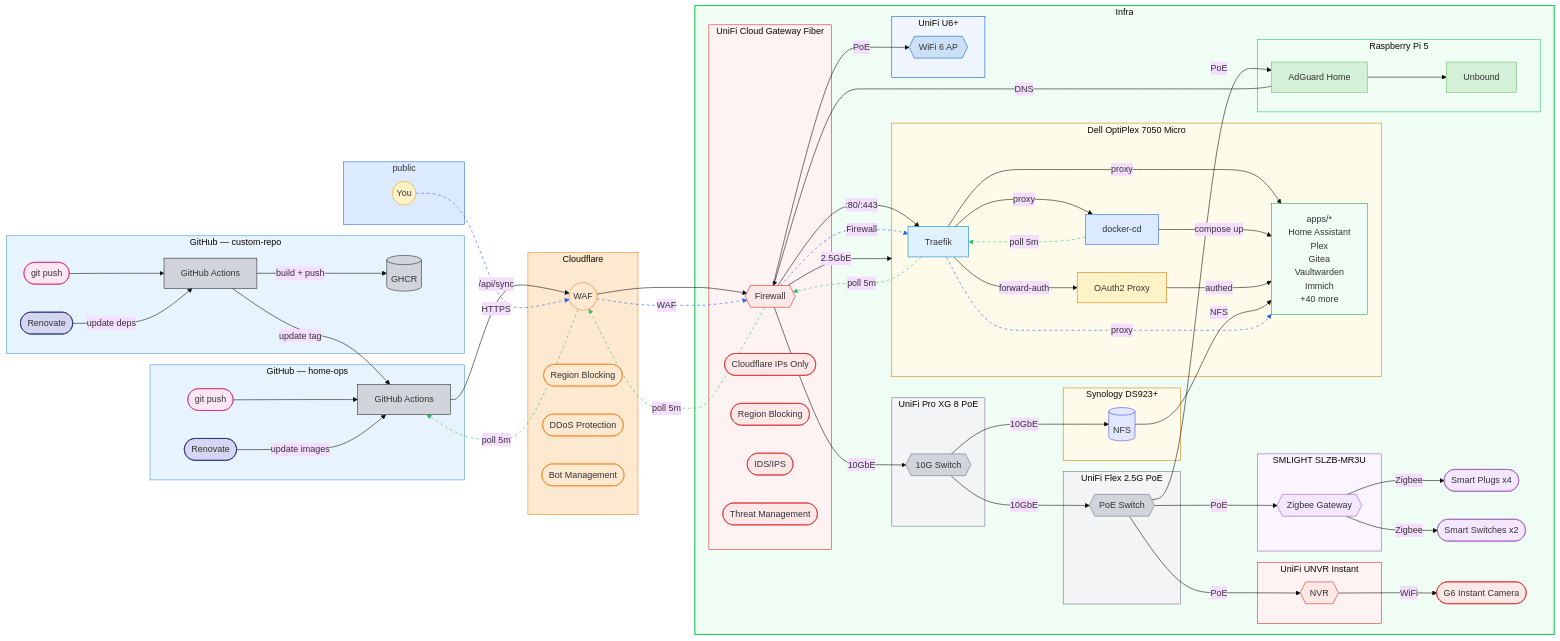
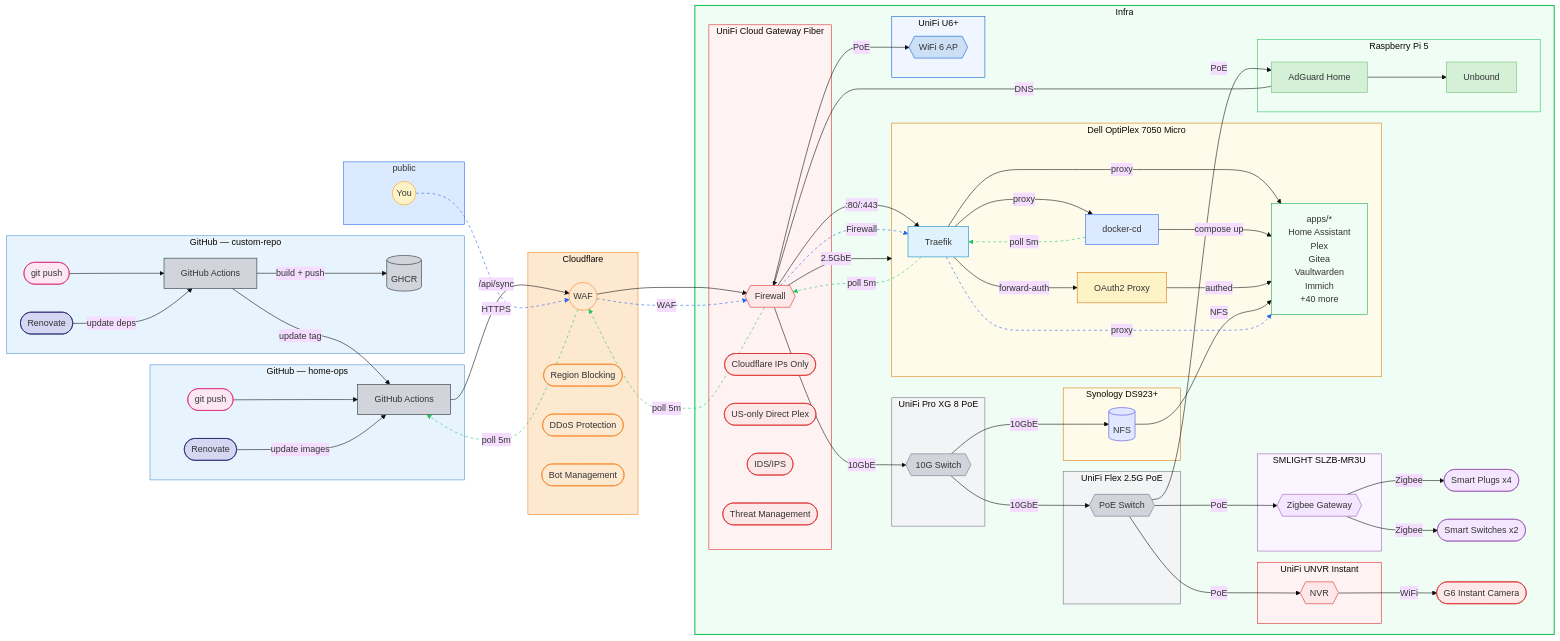
Before and after one commit to wajeht/home-ops: the diagram in README.md, drawn with Mermaid (base theme).

Commit message:
docs: update README with US-only direct Plex

```diff
--- a/README.md
+++ b/README.md
@@ -65,7 +65,7 @@
         subgraph ucg[UniFi Cloud Gateway Fiber]
             unifi{{Firewall}}
             ucg_cf([Cloudflare IPs Only])
-            ucg_region([Region Blocking])
+            ucg_region([US-only Direct Plex])
             ucg_ids([IDS/IPS])
             ucg_threat([Threat Management])
         end
```
